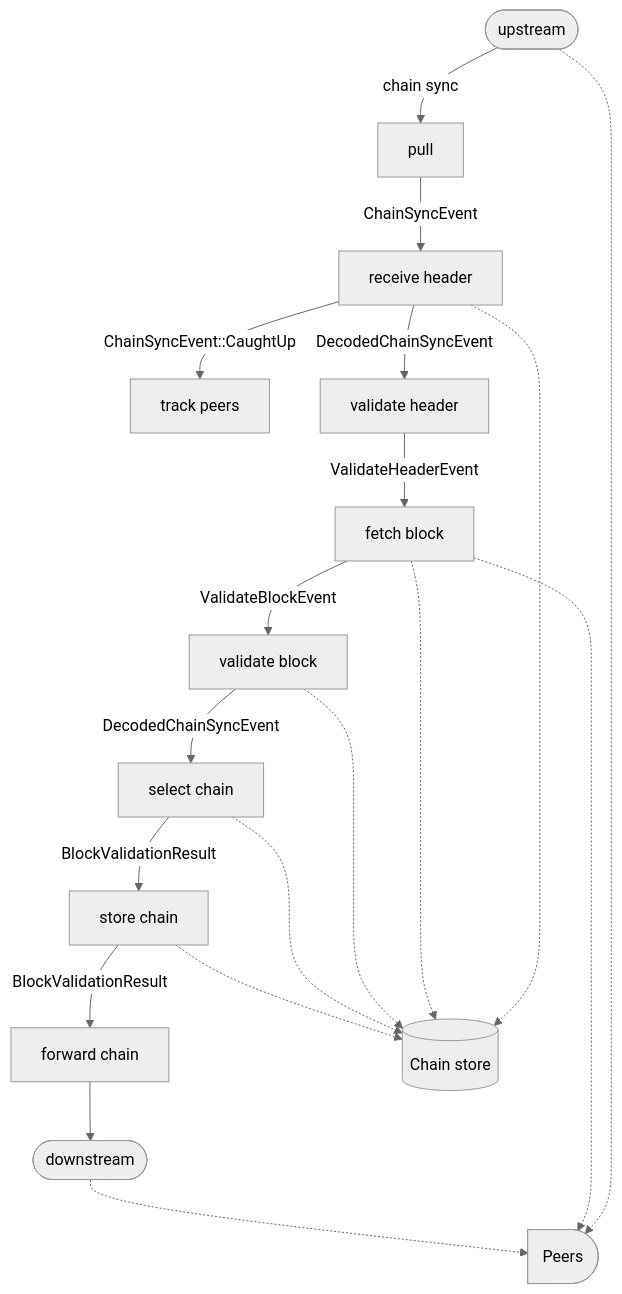
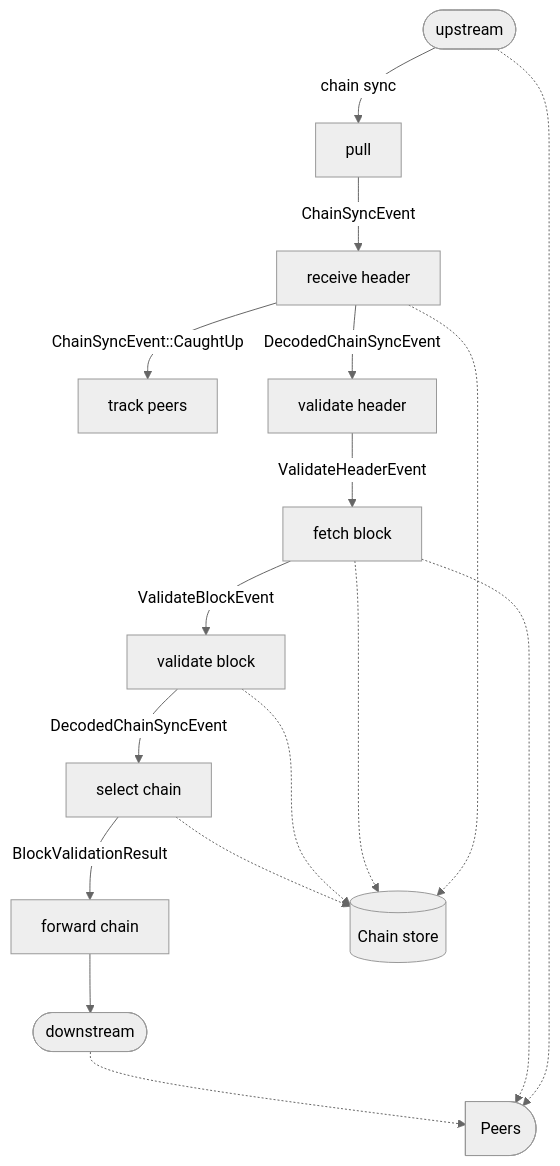
The first of 2 diagrams in crates/amaru-consensus/README.md (pragma-org/amaru), drawn with Mermaid (neutral theme) before and after one commit. The commit also changed 6 other files, not shown here.

Commit message:
feat: incorporate chain storage into select_chain stage

````diff
--- a/crates/amaru-consensus/README.md
+++ b/crates/amaru-consensus/README.md
@@ -7,41 +7,37 @@
 ```mermaid
 graph TD
     receive_header[receive header]
     track_peers[track peers]
     validate_header[validate header]
     fetch_block[fetch block]
     validate_block[validate block]
     select_chain[select chain]
-    store_chain[store chain]
     forward_chain[forward chain]
 
     downstream([downstream])
     store@{ shape: cyl, label: "Chain store" }
     net@{ shape: delay, label: "Peers" }
 
     upstream([upstream]) -.-> net
     upstream -- chain sync --> pull
     pull -- ChainSyncEvent --> receive_header
 
     receive_header -- DecodedChainSyncEvent --> validate_header
     receive_header -- ChainSyncEvent::CaughtUp --> track_peers
     receive_header -.-> store
 
     validate_header -- ValidateHeaderEvent --> fetch_block
 
     fetch_block -- ValidateBlockEvent --> validate_block
     fetch_block -.-> net
     fetch_block -.-> store
 
     validate_block -.-> store
     validate_block -- DecodedChainSyncEvent --> select_chain
 
     select_chain -.-> store
-    select_chain -- BlockValidationResult --> store_chain
-
-    store_chain -.-> store
-    store_chain -- BlockValidationResult --> forward_chain
+    select_chain -- BlockValidationResult --> forward_chain
 
     forward_chain --> downstream
     downstream -.-> net
 ```
````
